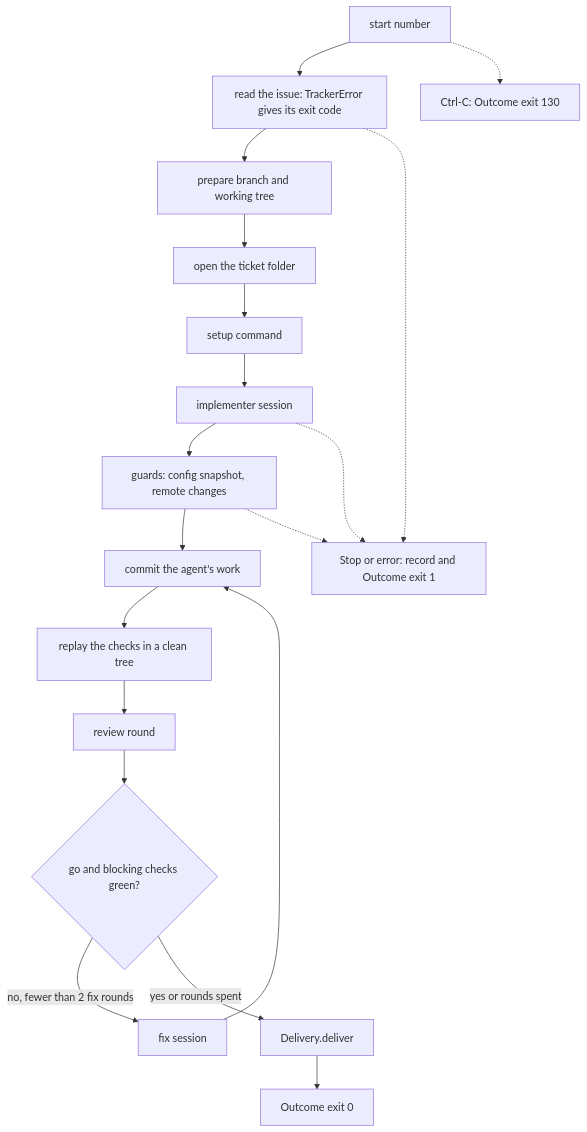
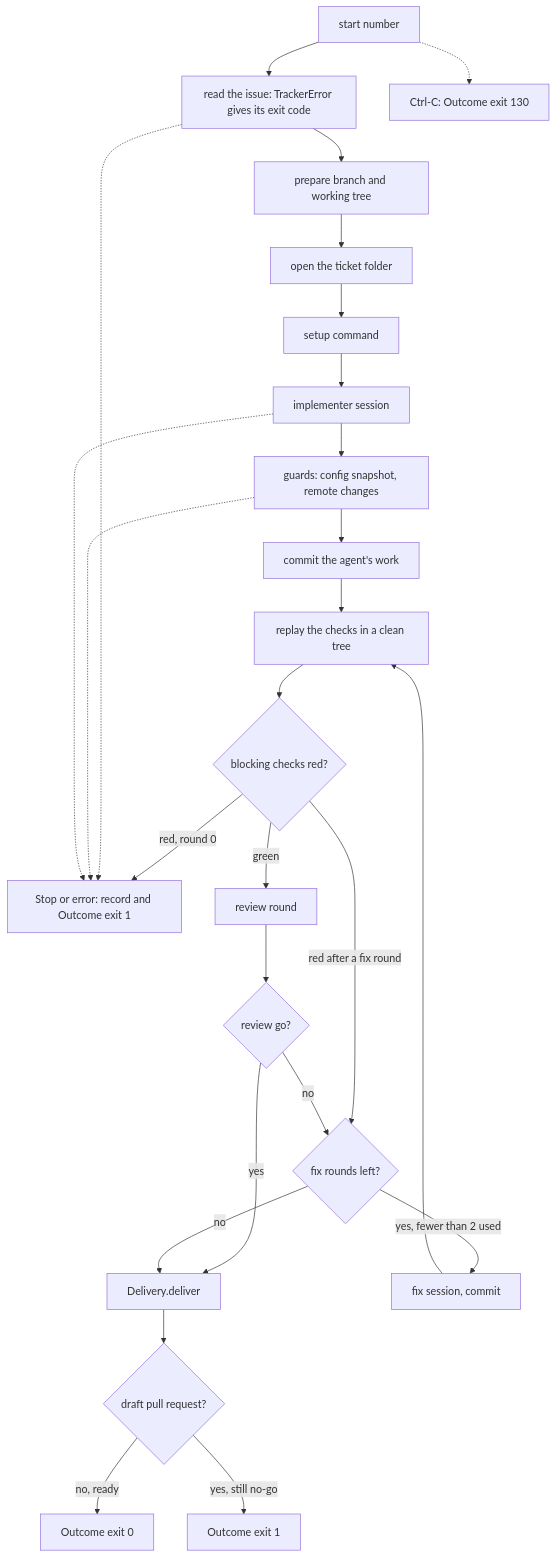
One commit to plaplanche/ariane changed the first of 3 diagrams in docs/architecture/modules/flow.md. Above: the diagram before and after it, drawn with Mermaid. The commit also changed 3 other files, not shown here.

````diff
--- a/docs/architecture/modules/flow.md
+++ b/docs/architecture/modules/flow.md
@@ -42,20 +42,27 @@
 ```mermaid
 flowchart TD
   A[start number] --> B[read the issue: TrackerError gives its exit code]
   B --> C[prepare branch and working tree]
   C --> D[open the ticket folder]
   D --> E[setup command]
   E --> F[implementer session]
   F --> G[guards: config snapshot, remote changes]
   G --> H[commit the agent's work]
   H --> I[replay the checks in a clean tree]
-  I --> J[review round]
-  J --> K{go and blocking checks green?}
-  K -- no, fewer than 2 fix rounds --> L[fix session] --> H
-  K -- yes or rounds spent --> M[Delivery.deliver]
-  M --> N[Outcome exit 0]
+  I --> K{blocking checks red?}
+  K -- "red, round 0" --> S
+  K -- green --> J[review round]
+  K -- "red after a fix round" --> R{fix rounds left?}
+  J --> G2{review go?}
+  G2 -- no --> R
+  G2 -- yes --> M[Delivery.deliver]
+  R -- "yes, fewer than 2 used" --> L[fix session, commit] --> I
+  R -- no --> M
+  M --> N{draft pull request?}
+  N -- no, ready --> O[Outcome exit 0]
+  N -- yes, still no-go --> P[Outcome exit 1]
   B -.-> S[Stop or error: record and Outcome exit 1]
   G -.-> S
   F -.-> S
   A -.-> T[Ctrl-C: Outcome exit 130]
 ```
````
